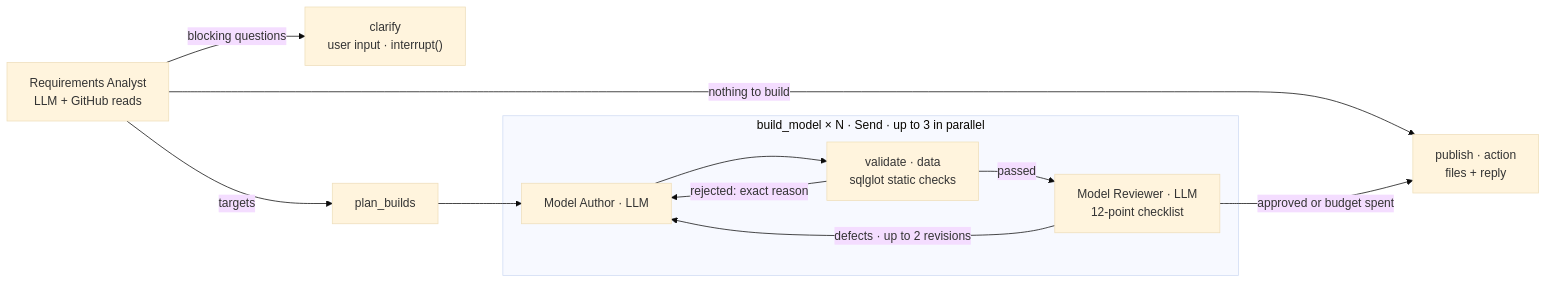
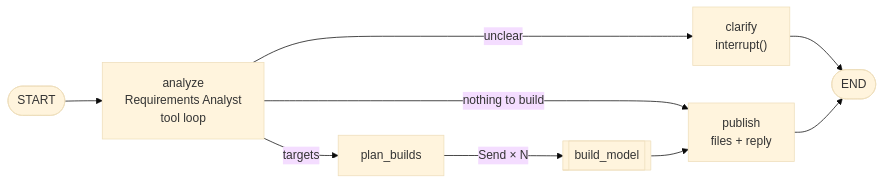
The fifth of 9 diagrams in README.md (shankasf/small_migration), drawn with Mermaid (base theme) before and after one commit. The commit also changed other lines of this file, not shown here.

First line of the commit message:
Replace README flowcharts with simpler ones and a complete LangGraph flow [skip ci]

````diff
--- a/README.md
+++ b/README.md
@@ -758,17 +691,11 @@
 ```mermaid
 flowchart LR
-    AN["Requirements Analyst<br/>LLM + GitHub reads"]
-    CL["clarify<br/>user input · interrupt()"]
-    PL["plan_builds"]
-    subgraph BUILD["build_model × N · Send · up to 3 in parallel"]
-        AU["Model Author · LLM"] --> VA["validate · data<br/>sqlglot static checks"]
-        VA -- "rejected: exact reason" --> AU
-        VA -- passed --> RV["Model Reviewer · LLM<br/>12-point checklist"]
-        RV -- "defects · up to 2 revisions" --> AU
-    end
-    PUB["publish · action<br/>files + reply"]
-    AN -- "blocking questions" --> CL
-    AN -- targets --> PL --> AU
+    S(["START"]) --> AN["analyze<br/>Requirements Analyst<br/>tool loop"]
+    AN -- "unclear" --> CL["clarify<br/>interrupt()"]
+    AN -- "targets" --> PB["plan_builds"]
     AN -- "nothing to build" --> PUB
-    RV -- "approved or budget spent" --> PUB
+    PB -- "Send × N" --> BM[["build_model"]]
+    BM --> PUB["publish<br/>files + reply"]
+    CL --> E(["END"])
+    PUB --> E
 ```
````
